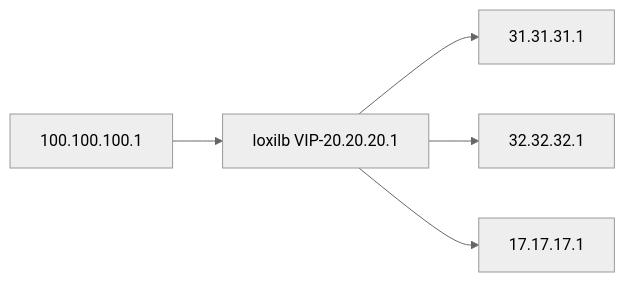
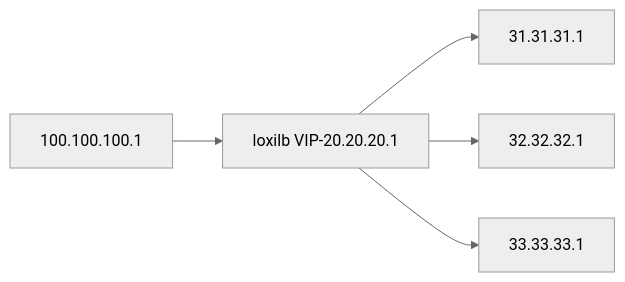
The first of 2 diagrams in docs/perf-multi.md (loxilb-io/loxilbdocs), drawn with Mermaid (neutral theme) before and after one commit. The commit also changed other lines of this file, not shown here.

````diff
--- a/docs/perf-multi.md
+++ b/docs/perf-multi.md
@@ -5,7 +5,7 @@
 ```mermaid
 graph LR;
     A[100.100.100.1]-->B[loxilb VIP-20.20.20.1];
     B-->C[31.31.31.1];
     B-->D[32.32.32.1];
-    B-->E[17.17.17.1];
+    B-->E[33.33.33.1];
 ```
````
